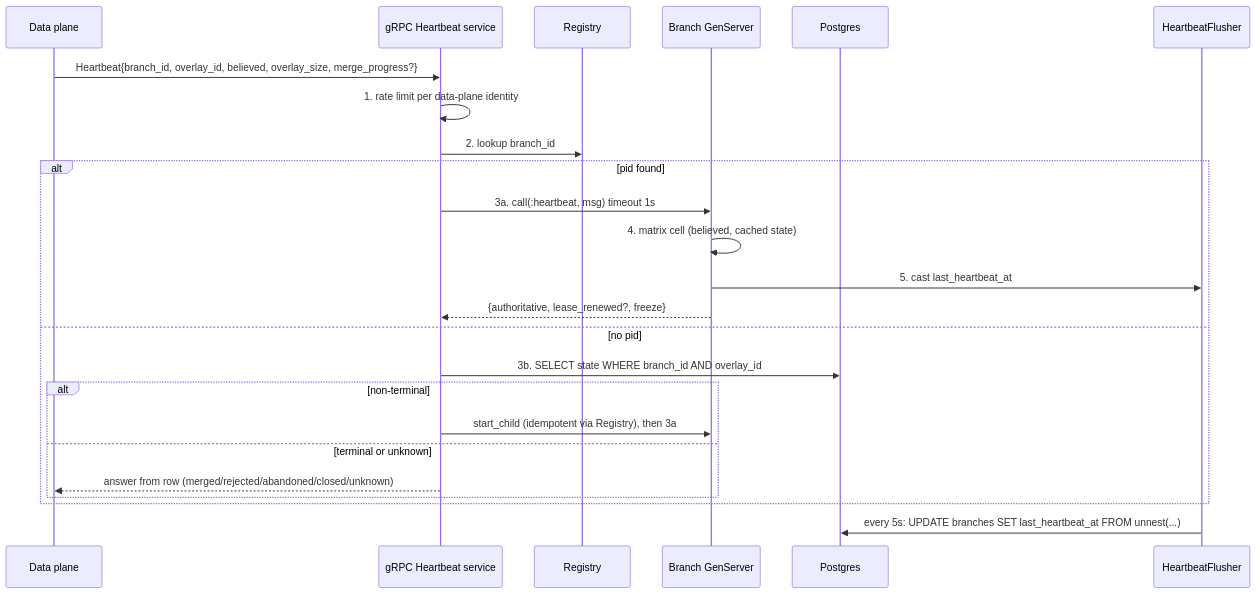
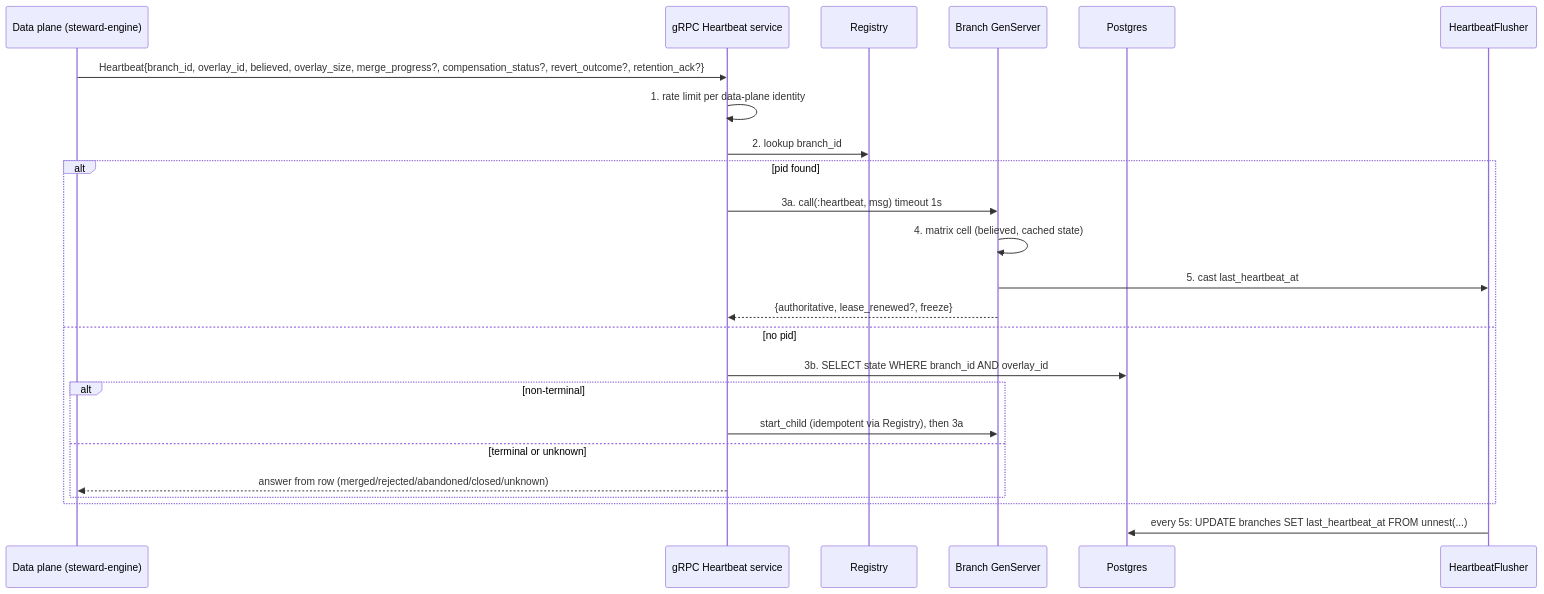
Before and after one commit to sunprema/steward: the second of 2 diagrams in docs/10-components/07-control-plane-and-review-queue.md, drawn with Mermaid. The commit also changed other lines of this file and 9 other files, not shown here.

````diff
--- a/docs/10-components/07-control-plane-and-review-queue.md
+++ b/docs/10-components/07-control-plane-and-review-queue.md
@@ -119,27 +119,27 @@
 ```mermaid
 sequenceDiagram
-    participant DP as Data plane
+    participant DP as Data plane (steward-engine)
     participant G as gRPC Heartbeat service
     participant R as Registry
     participant B as Branch GenServer
     participant PG as Postgres
     participant F as HeartbeatFlusher
 
-    DP->>G: Heartbeat{branch_id, overlay_id, believed, overlay_size, merge_progress?}
+    DP->>G: Heartbeat{branch_id, overlay_id, believed, overlay_size, merge_progress?, compensation_status?, revert_outcome?, retention_ack?}
     G->>G: 1. rate limit per data-plane identity
     G->>R: 2. lookup branch_id
     alt pid found
         G->>B: 3a. call(:heartbeat, msg) timeout 1s
         B->>B: 4. matrix cell (believed, cached state)
         B->>F: 5. cast last_heartbeat_at
         B-->>G: {authoritative, lease_renewed?, freeze}
     else no pid
         G->>PG: 3b. SELECT state WHERE branch_id AND overlay_id
         alt non-terminal
             G->>B: start_child (idempotent via Registry), then 3a
         else terminal or unknown
             G-->>DP: answer from row (merged/rejected/abandoned/closed/unknown)
         end
     end
     F->>PG: every 5s: UPDATE branches SET last_heartbeat_at FROM unnest(...)
 ```
````
